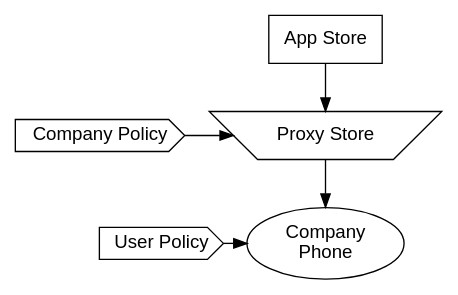
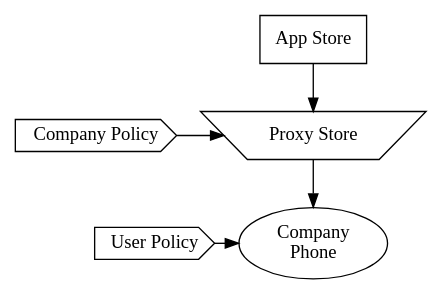
The diagram in img/proxystore.dot (bogwonch/first-year-report), drawn with Graphviz before and after one commit. The commit also changed 21 other files, not shown here.

```diff
--- a/img/proxystore.dot
+++ b/img/proxystore.dot
@@ -1,18 +1,18 @@
 digraph proxystore {
   overlap = false;
   splines = true;
 
-  appStore      [label="App Store"      shape=box          fontname="Helvetica"]
-  proxyStore    [label="Proxy Store"    shape=invtrapezium fontname="Helvetica"]
-  companyPolicy [label="Company Policy" shape=cds          fontname="Helvetica"]
-  userPolicy    [label="User Policy"    shape=cds          fontname="Helvetica"]
-  phone         [label="Company\nPhone" shape=oval         fontname="Helvetica"]
+  appStore      [label="App Store"      shape=box          fontname="LMSans10-Regular"]
+  proxyStore    [label="Proxy Store"    shape=invtrapezium fontname="LMSans10-Regular"]
+  companyPolicy [label="Company Policy" shape=cds          fontname="LMSans10-Regular"]
+  userPolicy    [label="User Policy"    shape=cds          fontname="LMSans10-Regular"]
+  phone         [label="Company\nPhone" shape=oval         fontname="LMSans10-Regular"]
 
   appStore      -> proxyStore -> phone;
   companyPolicy -> proxyStore;
   userPolicy    -> phone;
 
   {rank=same; companyPolicy proxyStore}
   {rank=same; userPolicy phone}
 
 }
```
